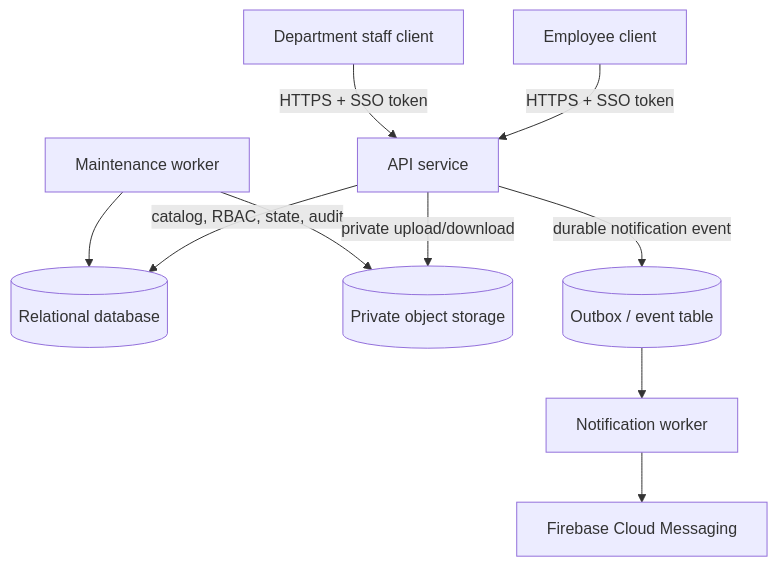
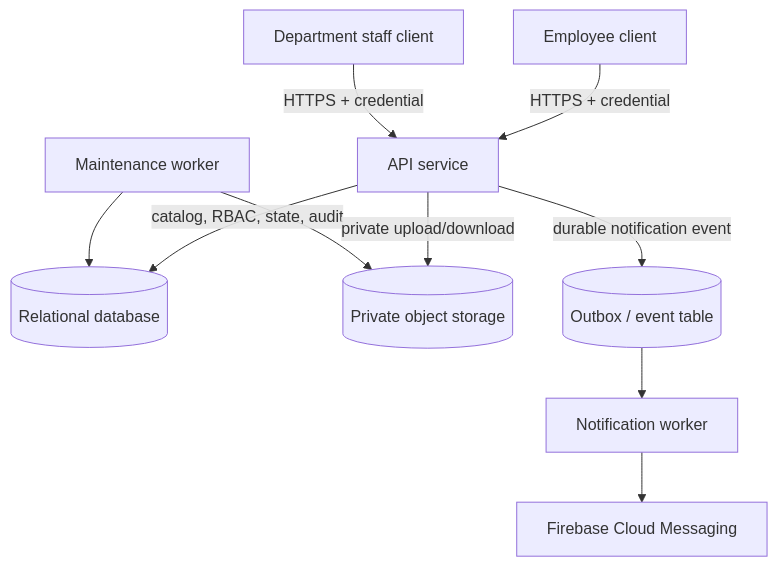
One commit to francois-maarbess/eurisko-hr-hub changed the diagram in docs/architecture.md. Above: the diagram before and after it, drawn with Mermaid. The commit also changed other lines of this file and 10 other files, not shown here.

````diff
--- a/docs/architecture.md
+++ b/docs/architecture.md
@@ -27,12 +46,12 @@
 ```mermaid
 flowchart TD
-    Employee["Employee client"] -->|"HTTPS + SSO token"| API["API service"]
-    Agent["Department staff client"] -->|"HTTPS + SSO token"| API
+    Employee["Employee client"] -->|"HTTPS + credential"| API["API service"]
+    Agent["Department staff client"] -->|"HTTPS + credential"| API
     API -->|"catalog, RBAC, state, audit"| DB[("Relational database")]
     API -->|"private upload/download"| Store[("Private object storage")]
     API -->|"durable notification event"| Events[("Outbox / event table")]
     Events --> Worker["Notification worker"]
     Worker --> Firebase["Firebase Cloud Messaging"]
     Scheduler["Maintenance worker"] --> Store
     Scheduler --> DB
 ```
````
